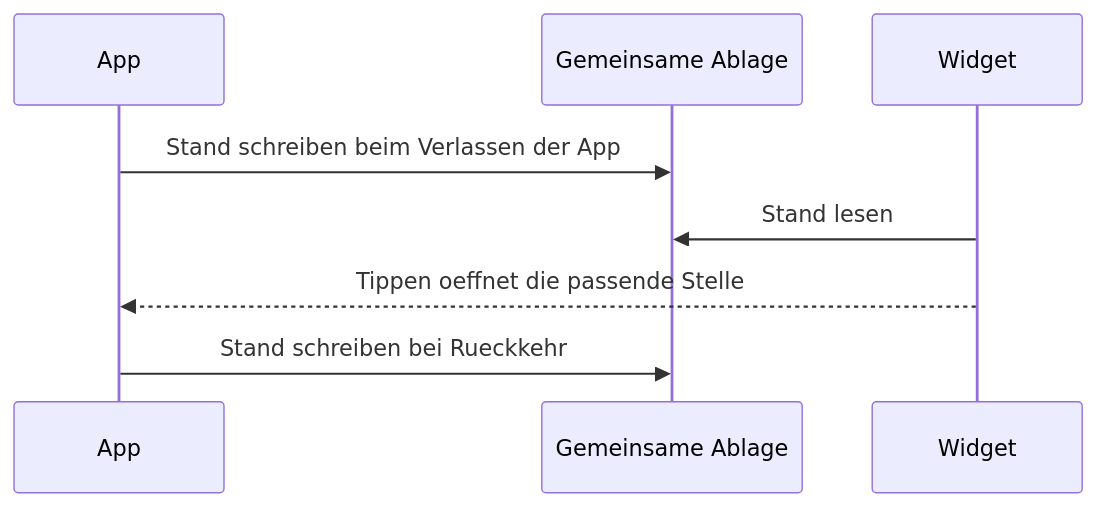
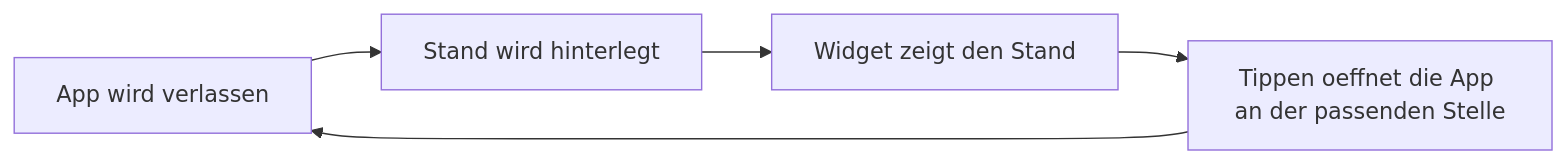
The diagram in handbuch/dashboard.md (delorienC/spartaisland-website), drawn with Mermaid before and after one commit. The commit also changed other lines of this file and 8 other files, not shown here.

````diff
--- a/handbuch/dashboard.md
+++ b/handbuch/dashboard.md
@@ -65,10 +65,7 @@
 ```mermaid
-sequenceDiagram
-  participant App
-  participant Ablage as Gemeinsame Ablage
-  participant Widget
-  App->>Ablage: Stand schreiben beim Verlassen der App
-  Widget->>Ablage: Stand lesen
-  Widget-->>App: Tippen oeffnet die passende Stelle
-  App->>Ablage: Stand schreiben bei Rueckkehr
+flowchart LR
+  App["App wird verlassen"] --> Stand["Stand wird hinterlegt"]
+  Stand --> Widget["Widget zeigt den Stand"]
+  Widget --> Tippen["Tippen oeffnet die App an der passenden Stelle"]
+  Tippen --> App
 ```
````
